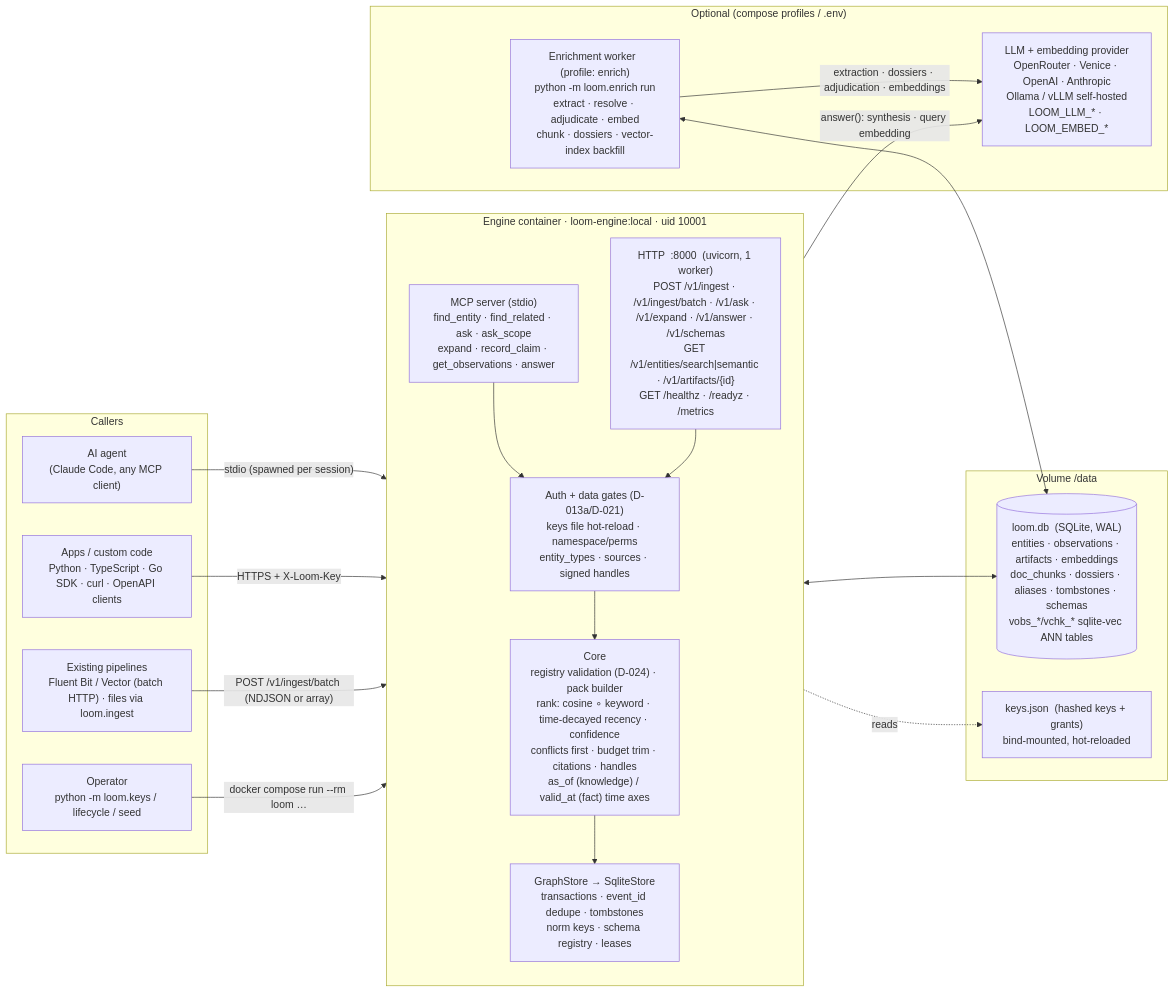
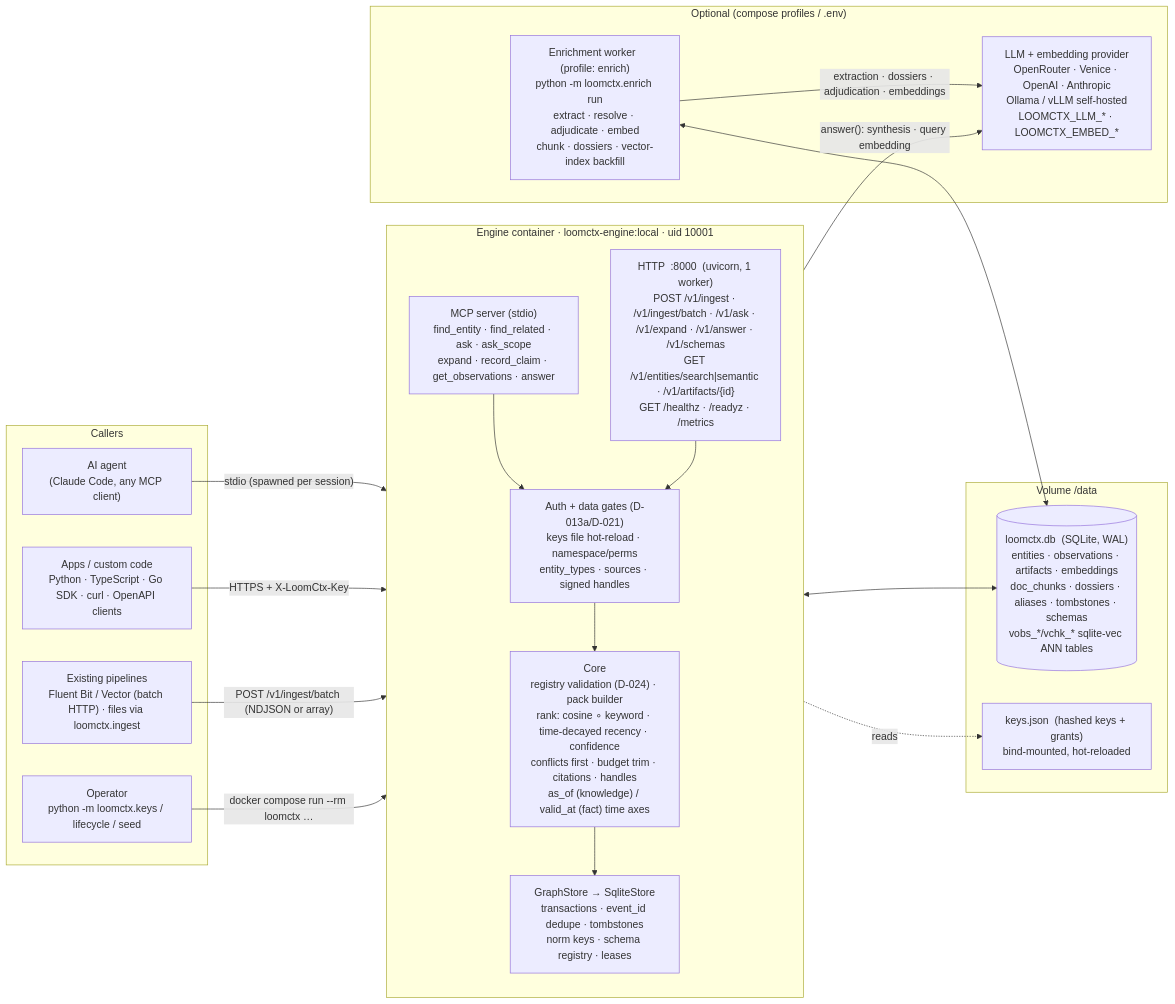
Before and after one commit to seahop/loomctx: the first of 5 diagrams in docs/infrastructure.md, drawn with Mermaid. The commit also changed other lines of this file and 266 other files, not shown here.

First line of the commit message:
refactor: rename the project to LoomCtx (D-088)

````diff
--- a/docs/infrastructure.md
+++ b/docs/infrastructure.md
@@ -16,40 +16,40 @@
 ```mermaid
 flowchart LR
     subgraph callers["Callers"]
         agent["AI agent<br/>(Claude Code, any MCP client)"]
         app["Apps / custom code<br/>Python · TypeScript · Go SDK · curl · OpenAPI clients"]
-        ship["Existing pipelines<br/>Fluent Bit / Vector (batch HTTP) · files via loom.ingest"]
-        admin["Operator<br/>python -m loom.keys / lifecycle / seed"]
+        ship["Existing pipelines<br/>Fluent Bit / Vector (batch HTTP) · files via loomctx.ingest"]
+        admin["Operator<br/>python -m loomctx.keys / lifecycle / seed"]
     end
 
-    subgraph engine["Engine container  ·  loom-engine:local  ·  uid 10001"]
+    subgraph engine["Engine container  ·  loomctx-engine:local  ·  uid 10001"]
         direction TB
         mcp["MCP server (stdio)<br/>find_entity · find_related · ask · ask_scope<br/>expand · record_claim · get_observations · answer"]
         http["HTTP  :8000  (uvicorn, 1 worker)<br/>POST /v1/ingest · /v1/ingest/batch · /v1/ask · /v1/expand · /v1/answer · /v1/schemas<br/>GET /v1/entities/search|semantic · /v1/artifacts/{id}<br/>GET /healthz · /readyz · /metrics"]
         gate["Auth + data gates (D-013a/D-021)<br/>keys file hot-reload · namespace/perms<br/>entity_types · sources · signed handles"]
         core["Core<br/>registry validation (D-024) · pack builder<br/>rank: cosine ∘ keyword · time-decayed recency · confidence<br/>conflicts first · budget trim · citations · handles<br/>as_of (knowledge) / valid_at (fact) time axes"]
         store["GraphStore → SqliteStore<br/>transactions · event_id dedupe · tombstones<br/>norm keys · schema registry · leases"]
         mcp --> gate --> core --> store
         http --> gate
     end
 
     subgraph disk["Volume  /data"]
-        db[("loom.db  (SQLite, WAL)<br/>entities · observations · artifacts · embeddings<br/>doc_chunks · dossiers · aliases · tombstones · schemas<br/>vobs_*/vchk_* sqlite-vec ANN tables")]
+        db[("loomctx.db  (SQLite, WAL)<br/>entities · observations · artifacts · embeddings<br/>doc_chunks · dossiers · aliases · tombstones · schemas<br/>vobs_*/vchk_* sqlite-vec ANN tables")]
         keys["keys.json  (hashed keys + grants)<br/>bind-mounted, hot-reloaded"]
     end
 
     subgraph optional["Optional (compose profiles / .env)"]
-        worker["Enrichment worker  (profile: enrich)<br/>python -m loom.enrich run<br/>extract · resolve · adjudicate · embed<br/>chunk · dossiers · vector-index backfill"]
-        llm["LLM + embedding provider<br/>OpenRouter · Venice · OpenAI · Anthropic<br/>Ollama / vLLM self-hosted<br/>LOOM_LLM_* · LOOM_EMBED_*"]
+        worker["Enrichment worker  (profile: enrich)<br/>python -m loomctx.enrich run<br/>extract · resolve · adjudicate · embed<br/>chunk · dossiers · vector-index backfill"]
+        llm["LLM + embedding provider<br/>OpenRouter · Venice · OpenAI · Anthropic<br/>Ollama / vLLM self-hosted<br/>LOOMCTX_LLM_* · LOOMCTX_EMBED_*"]
     end
 
     agent -- "stdio (spawned per session)" --> mcp
-    app -- "HTTPS + X-Loom-Key" --> http
+    app -- "HTTPS + X-LoomCtx-Key" --> http
     ship -- "POST /v1/ingest/batch (NDJSON or array)" --> http
-    admin -- "docker compose run --rm loom …" --> store
+    admin -- "docker compose run --rm loomctx …" --> store
     store <--> db
     gate -. reads .-> keys
     worker <--> db
     worker -- "extraction · dossiers · adjudication · embeddings" --> llm
     core -- "answer(): synthesis · query embedding" --> llm
 ```
````
